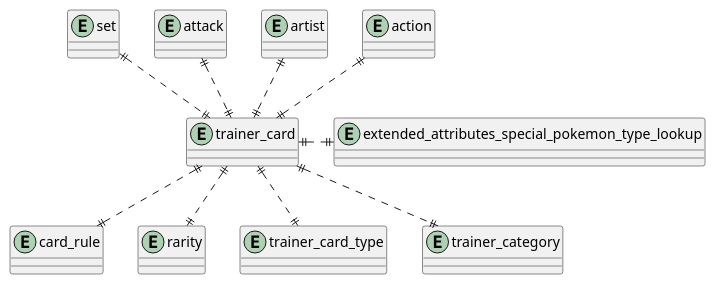
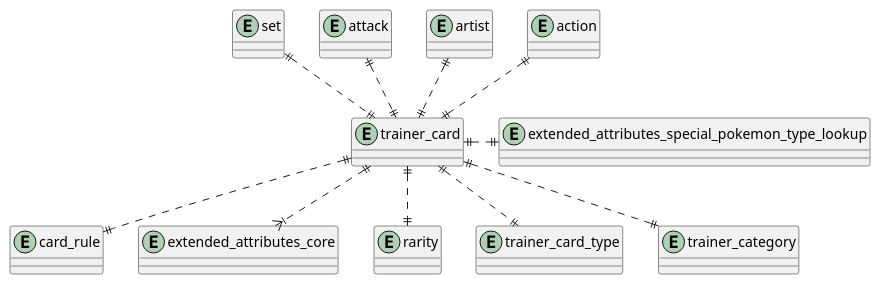
The diagram in schema/entity_relationship_diagrams/trainer-card-relationships.puml (pkgreen90/pokemon-tcg-data), drawn with PlantUML before and after one commit. The commit also changed 13 other files, not shown here.

Commit message:
Updated puml diagrams, trainer and energy cards. Added missing type attributes.

```diff
--- a/schema/entity_relationship_diagrams/trainer-card-relationships.puml
+++ b/schema/entity_relationship_diagrams/trainer-card-relationships.puml
@@ -1,24 +1,26 @@
 @startuml trainer-card-relationships
 
 entity "action" as action {}
 entity "artist" as artist {}
 entity "attack" as attack {}
 entity "card_rule" as card_rule {}
+entity "extended_attributes_core" as extended_attributes_core {}
 entity "extended_attributes_special_pokemon_type_lookup" as extended_attributes_special_pokemon_type_lookup {}
 entity "rarity" as rarity {}
 entity "set" as set {}
 entity "trainer_card" as trainer_card {}
 entity "trainer_card_type" as trainer_card_type {}
 entity "trainer_category" as trainer_category {}
 
 trainer_card ||..up|| action
 trainer_card ||..up|| artist
-trainer_card ||..up|| attack 
+trainer_card ||..up|| attack
+trainer_card ||..|{ extended_attributes_core
 trainer_card ||..right|| extended_attributes_special_pokemon_type_lookup
 trainer_card ||..|| rarity
 trainer_card ||..up|| set
 trainer_card ||..|| trainer_card_type
 trainer_card ||..|| trainer_category
 trainer_card ||..|| card_rule
 
 @enduml
```
